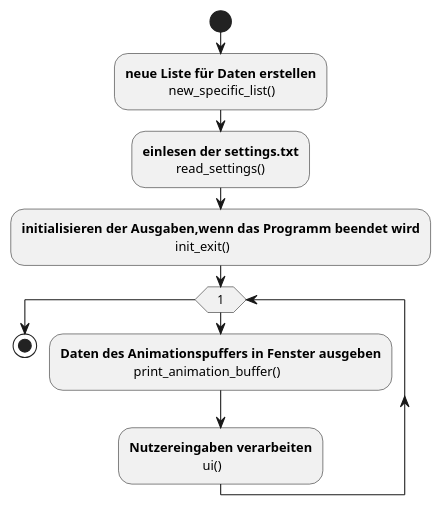
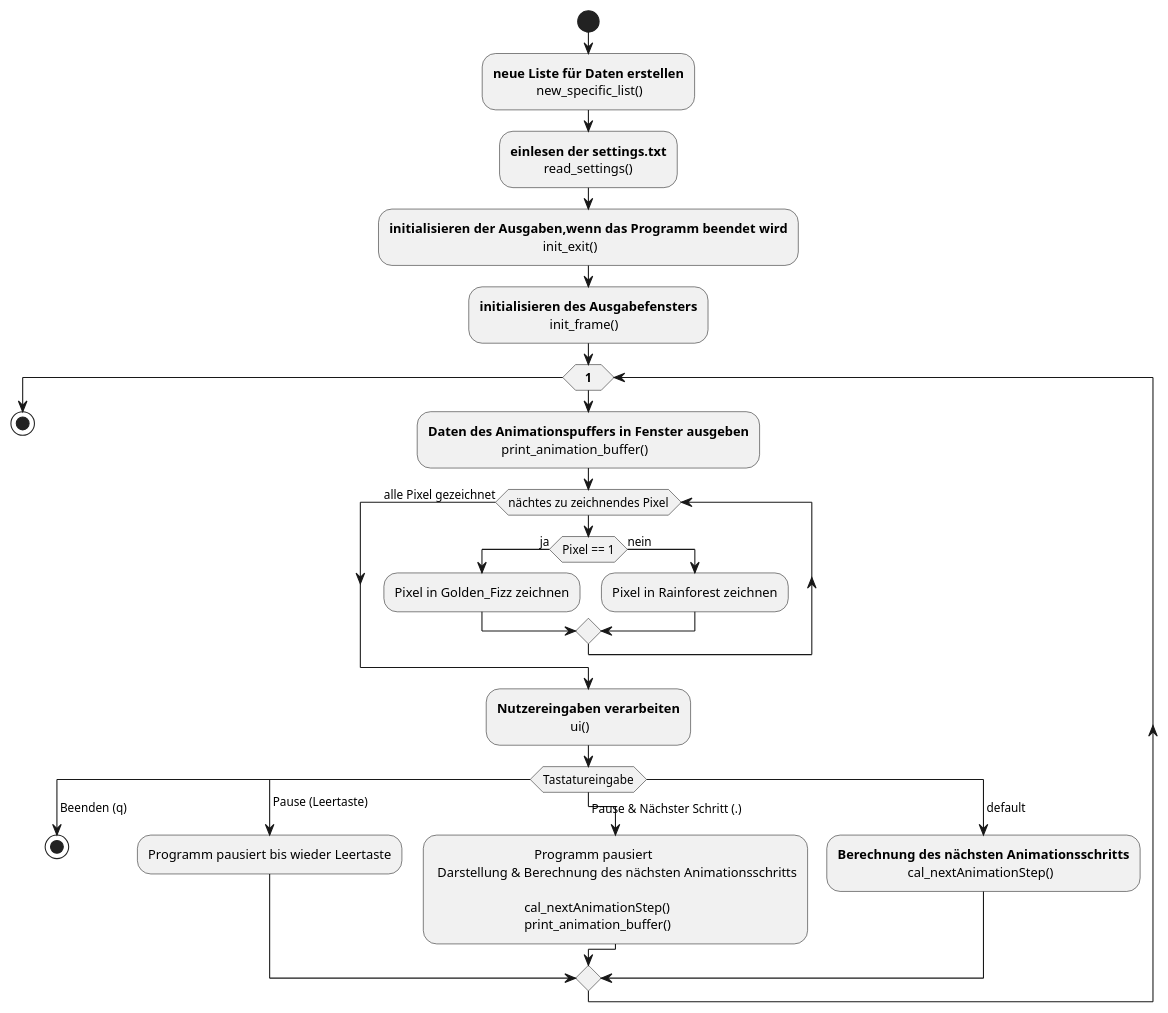
One commit to duha887b/MRT1_V3_Animation changed the diagram in Protokoll/Aktivitätsdiagramm.puml. Above: the diagram before and after it, drawn with PlantUML.

```diff
--- a/Protokoll/Aktivitätsdiagramm.puml
+++ b/Protokoll/Aktivitätsdiagramm.puml
@@ -1,20 +1,52 @@
 @startuml
 'https://plantuml.com/activity-diagram-beta
 
 start
 :**neue Liste für Daten erstellen**
              new_specific_list();
 :**einlesen der settings.txt**
           read_settings();
 :**initialisieren der Ausgaben,wenn das Programm beendet wird**
                                               init_exit();
-while (1)
+:**initialisieren des Ausgabefensters**
+                     init_frame();
+while (**1**)
 :**Daten des Animationspuffers in Fenster ausgeben**
                       print_animation_buffer();
+while(nächtes zu zeichnendes Pixel)
+
+if (Pixel == 1) then (ja)
+  :Pixel in Golden_Fizz zeichnen;
+  else (nein)
+  :Pixel in Rainforest zeichnen;
+endif
+
+endwhile(alle Pixel gezeichnet)
 :**Nutzereingaben verarbeiten**
                       ui();
+
+switch (Tastatureingabe)
+case ( Beenden (q))
+  stop
+case ( Pause (Leertaste))
+  :Programm pausiert bis wieder Leertaste;
+case ( Pause & Nächster Schritt (.) )
+  :                              Programm pausiert
+   Darstellung & Berechnung des nächsten Animationsschritts
+
+                             cal_nextAnimationStep()
+                             print_animation_buffer();
+case ( default)
+  :**Berechnung des nächsten Animationsschritts**
+                       cal_nextAnimationStep();
+
+endswitch
+
 endwhile;
 
 stop
 
+
+
+
 @enduml
```
